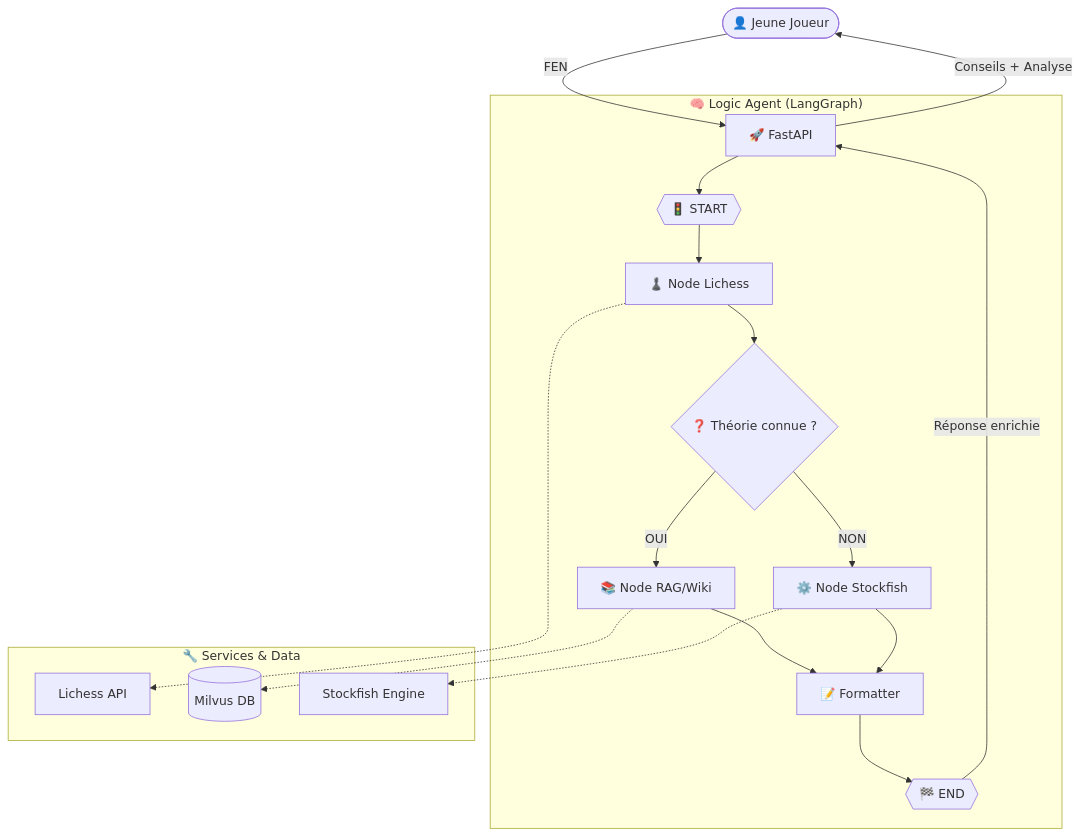
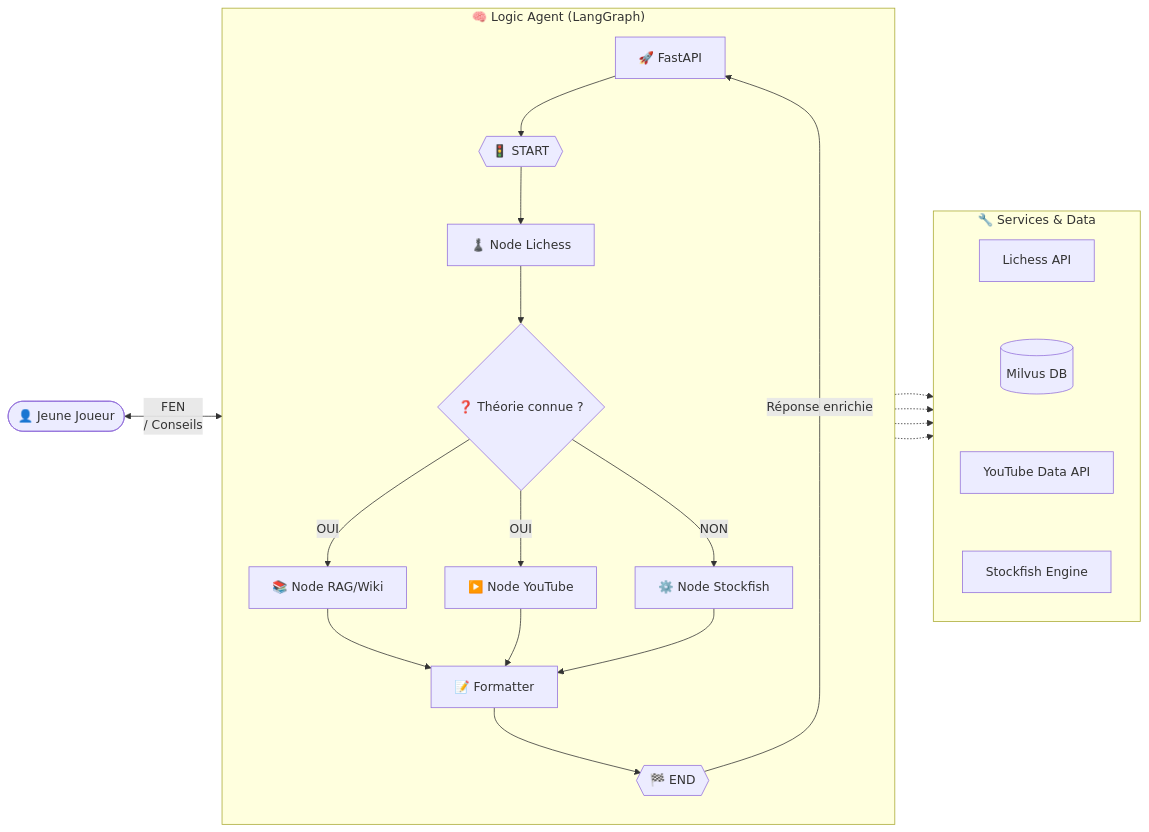
The diagram in README.md (RandomFab/AGENT_IA_FFE), drawn with Mermaid before and after one commit. The commit also changed other lines of this file, not shown here.

Commit message:
refactor(README) : ReadMe updated with youtube implémentation

````diff
--- a/README.md
+++ b/README.md
@@ -31,28 +32,41 @@
 ```mermaid
-graph TD
-    User([👤 Jeune Joueur]) -->|FEN| API[🚀 FastAPI]
+graph LR
+    User([👤 Jeune Joueur]) <-->|FEN\n / Conseils | API[🚀 FastAPI]
     
     subgraph "🧠 Logic Agent (LangGraph)"
+        direction TB
         API --> LG_Start{{"🚦 START"}}
         LG_Start --> Node_Lic["♟️ Node Lichess"]
         
         Node_Lic --> Decision{"❓ Théorie connue ?"}
         
         Decision -- "OUI" --> Node_Wiki["📚 Node RAG/Wiki"]
+        Decision -- "OUI" --> Node_Ytb["▶️ Node YouTube"]
         Decision -- "NON" --> Node_SF["⚙️ Node Stockfish"]
         
         Node_Wiki --> Node_Format["📝 Formatter"]
+        Node_Ytb --> Node_Format
         Node_SF --> Node_Format
         
         Node_Format --> LG_End{{"🏁 END"}}
     end
 
     subgraph "🔧 Services & Data"
-        Node_Lic -.-> Ser_Lic[Lichess API]
-        Node_Wiki -.-> Ser_Milvus[(Milvus DB)]
-        Node_SF -.-> Ser_SF[Stockfish Engine]
+        direction TB
+        Ser_Lic[Lichess API]
+        Ser_Milvus[(Milvus DB)]
+        Ser_Ytb[YouTube Data API]
+        Ser_SF[Stockfish Engine]
+        
+        Ser_Lic ~~~ Ser_Milvus
+        Ser_Milvus ~~~ Ser_Ytb
+        Ser_Ytb ~~~ Ser_SF
     end
+    
+    Node_Lic -.-> Ser_Lic
+    Node_Wiki -.-> Ser_Milvus
+    Node_Ytb -.-> Ser_Ytb
+    Node_SF -.-> Ser_SF
 
     LG_End -->|Réponse enrichie| API
-    API -->|Conseils + Analyse| User
 ```
````
